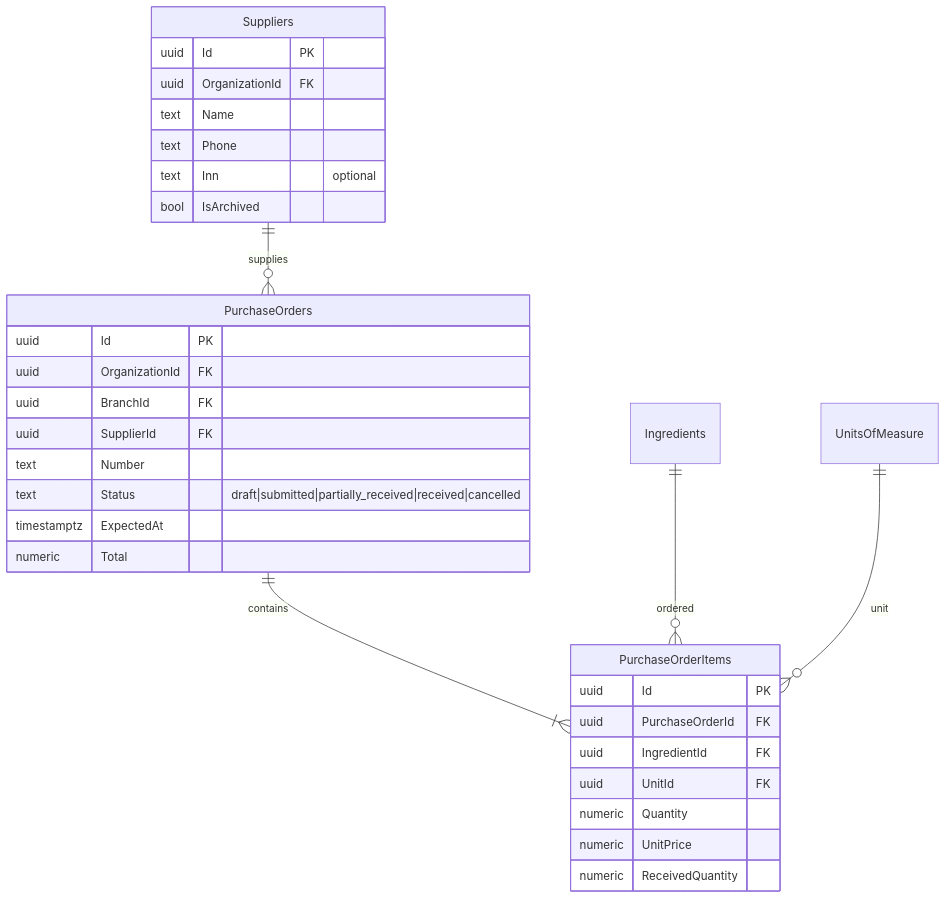
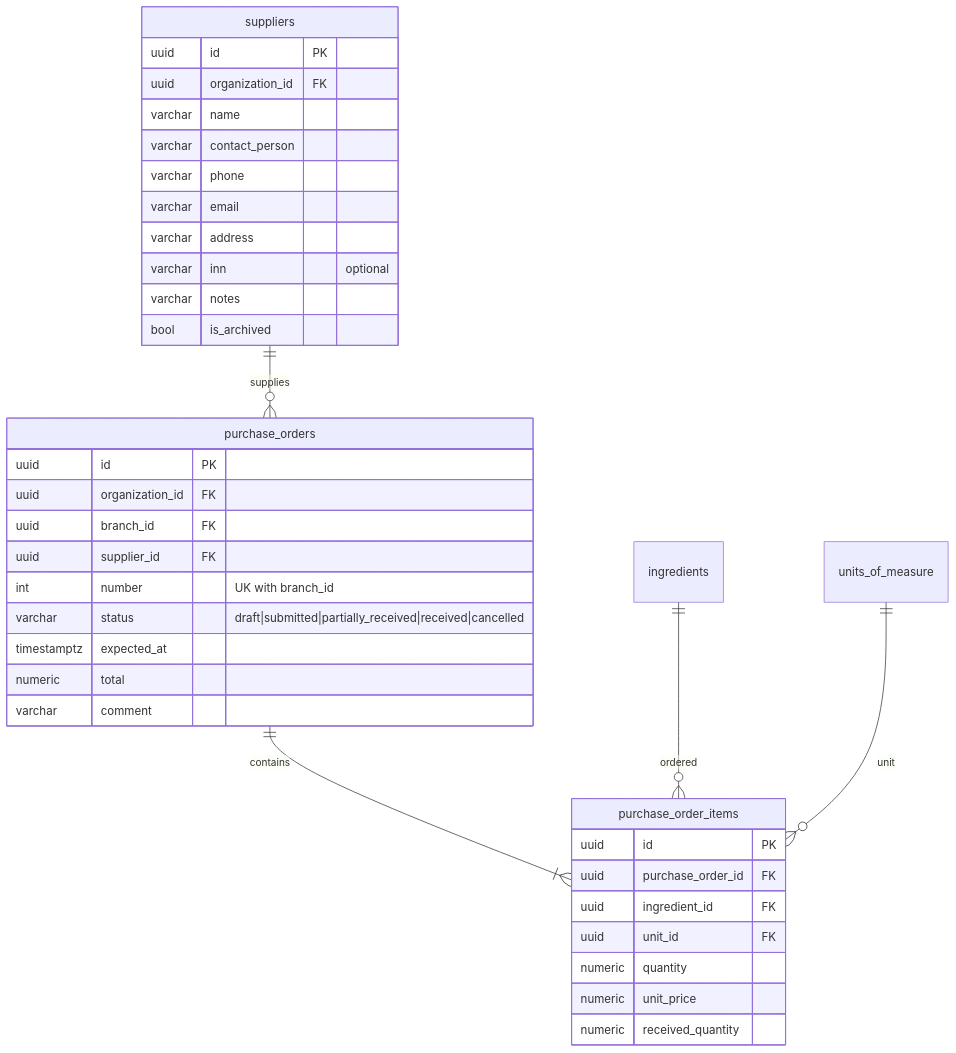
The second of 4 diagrams in docs/database/ERD_INVENTORY_PAYMENTS.md (Urgenchbayev-Alibek/respos), drawn with Mermaid before and after one commit. The commit also changed other lines of this file and 15 other files, not shown here.

Commit message:
docs: sync business rules, ERD, ADRs, overview, deployment, README with implementation

````diff
--- a/docs/database/ERD_INVENTORY_PAYMENTS.md
+++ b/docs/database/ERD_INVENTORY_PAYMENTS.md
@@ -118,35 +123,40 @@
 ```mermaid
 erDiagram
-  Suppliers ||--o{ PurchaseOrders : supplies
-  PurchaseOrders ||--|{ PurchaseOrderItems : contains
-  Ingredients ||--o{ PurchaseOrderItems : ordered
-  UnitsOfMeasure ||--o{ PurchaseOrderItems : unit
+  suppliers ||--o{ purchase_orders : supplies
+  purchase_orders ||--|{ purchase_order_items : contains
+  ingredients ||--o{ purchase_order_items : ordered
+  units_of_measure ||--o{ purchase_order_items : unit
 
-  Suppliers {
-    uuid Id PK
-    uuid OrganizationId FK
-    text Name
-    text Phone
-    text Inn "optional"
-    bool IsArchived
+  suppliers {
+    uuid id PK
+    uuid organization_id FK
+    varchar name
+    varchar contact_person
+    varchar phone
+    varchar email
+    varchar address
+    varchar inn "optional"
+    varchar notes
+    bool is_archived
   }
-  PurchaseOrders {
-    uuid Id PK
-    uuid OrganizationId FK
-    uuid BranchId FK
-    uuid SupplierId FK
-    text Number
-    text Status "draft|submitted|partially_received|received|cancelled"
-    timestamptz ExpectedAt
-    numeric Total
+  purchase_orders {
+    uuid id PK
+    uuid organization_id FK
+    uuid branch_id FK
+    uuid supplier_id FK
+    int number "UK with branch_id"
+    varchar status "draft|submitted|partially_received|received|cancelled"
+    timestamptz expected_at
+    numeric total
+    varchar comment
   }
-  PurchaseOrderItems {
-    uuid Id PK
-    uuid PurchaseOrderId FK
-    uuid IngredientId FK
-    uuid UnitId FK
-    numeric Quantity
-    numeric UnitPrice
-    numeric ReceivedQuantity
+  purchase_order_items {
+    uuid id PK
+    uuid purchase_order_id FK
+    uuid ingredient_id FK
+    uuid unit_id FK
+    numeric quantity
+    numeric unit_price
+    numeric received_quantity
   }
 ```
````
